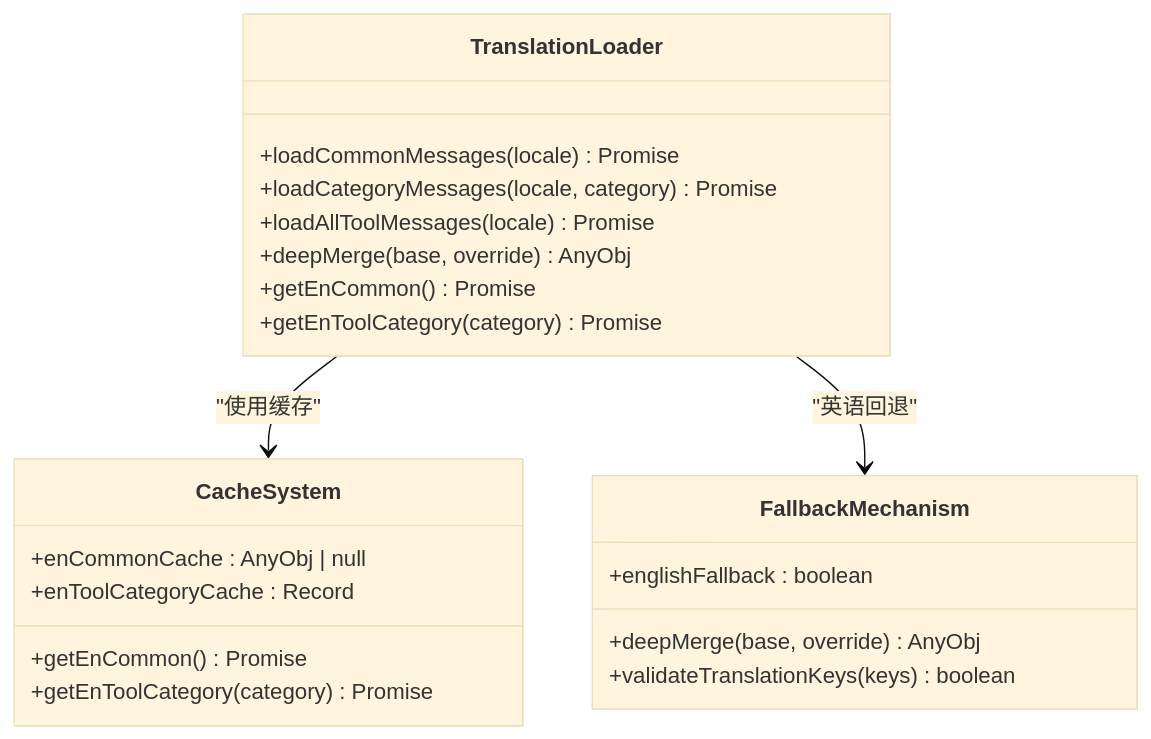
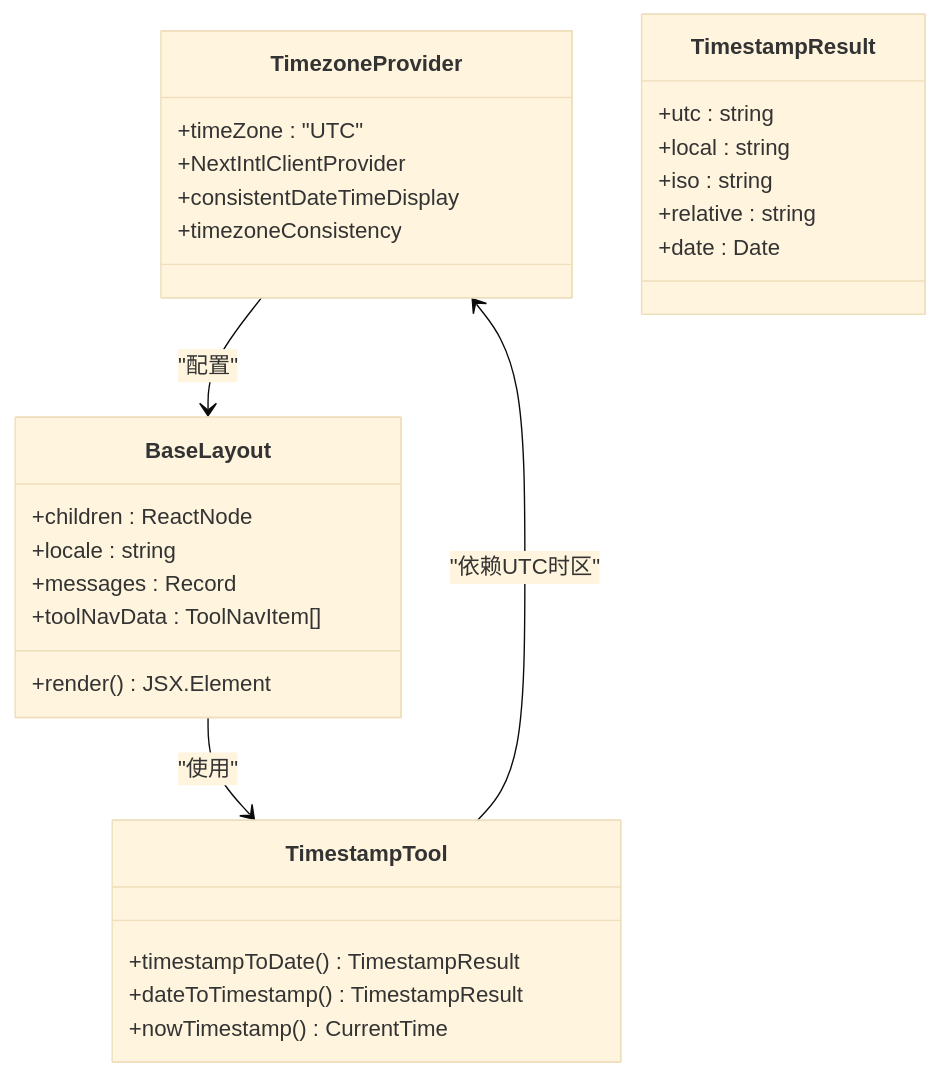
Before and after one commit to sgyy/privadeck: the third of 12 diagrams in .qoder/repowiki/zh/content/技术架构/国际化系统.md, drawn with Mermaid (base theme). The commit also changed other lines of this file and 23 other files, not shown here.

````diff
--- a/.qoder/repowiki/zh/content/技术架构/国际化系统.md
+++ b/.qoder/repowiki/zh/content/技术架构/国际化系统.md
@@ -307,24 +202,31 @@
 ```mermaid
 classDiagram
-class TranslationLoader {
-+loadCommonMessages(locale) Promise
-+loadCategoryMessages(locale, category) Promise
-+loadAllToolMessages(locale) Promise
-+deepMerge(base, override) AnyObj
-+getEnCommon() Promise
-+getEnToolCategory(category) Promise
+class TimezoneProvider {
++timeZone : "UTC"
++NextIntlClientProvider
++consistentDateTimeDisplay
++timezoneConsistency
 }
-class CacheSystem {
-+enCommonCache : AnyObj | null
-+enToolCategoryCache : Record<string, AnyObj>
-+getEnCommon() Promise
-+getEnToolCategory(category) Promise
+class BaseLayout {
++children : ReactNode
++locale : string
++messages : Record
++toolNavData : ToolNavItem[]
++render() JSX.Element
 }
-class FallbackMechanism {
-+englishFallback : boolean
-+deepMerge(base, override) AnyObj
-+validateTranslationKeys(keys) boolean
+class TimestampTool {
++timestampToDate() TimestampResult
++dateToTimestamp() TimestampResult
++nowTimestamp() CurrentTime
 }
-TranslationLoader --> CacheSystem : "使用缓存"
-TranslationLoader --> FallbackMechanism : "英语回退"
+class TimestampResult {
++utc : string
++local : string
++iso : string
++relative : string
++date : Date
+}
+TimezoneProvider --> BaseLayout : "配置"
+BaseLayout --> TimestampTool : "使用"
+TimestampTool --> TimezoneProvider : "依赖UTC时区"
 ```
````
